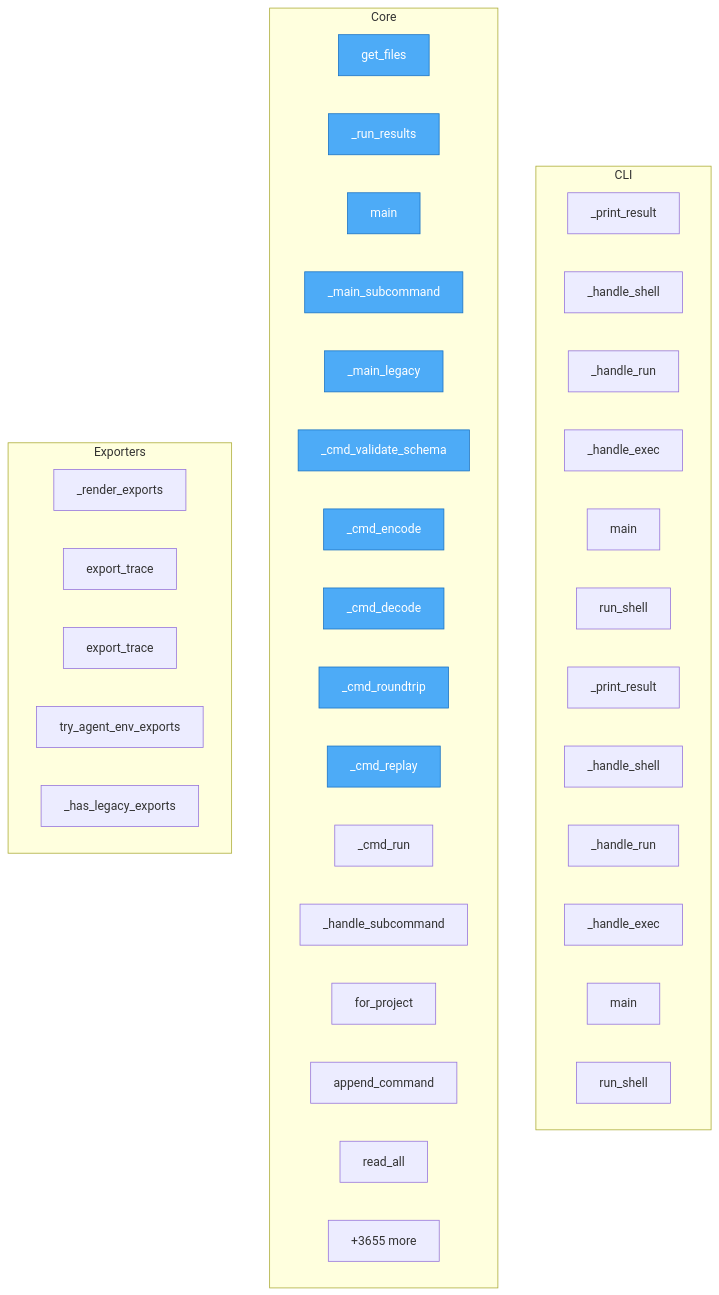
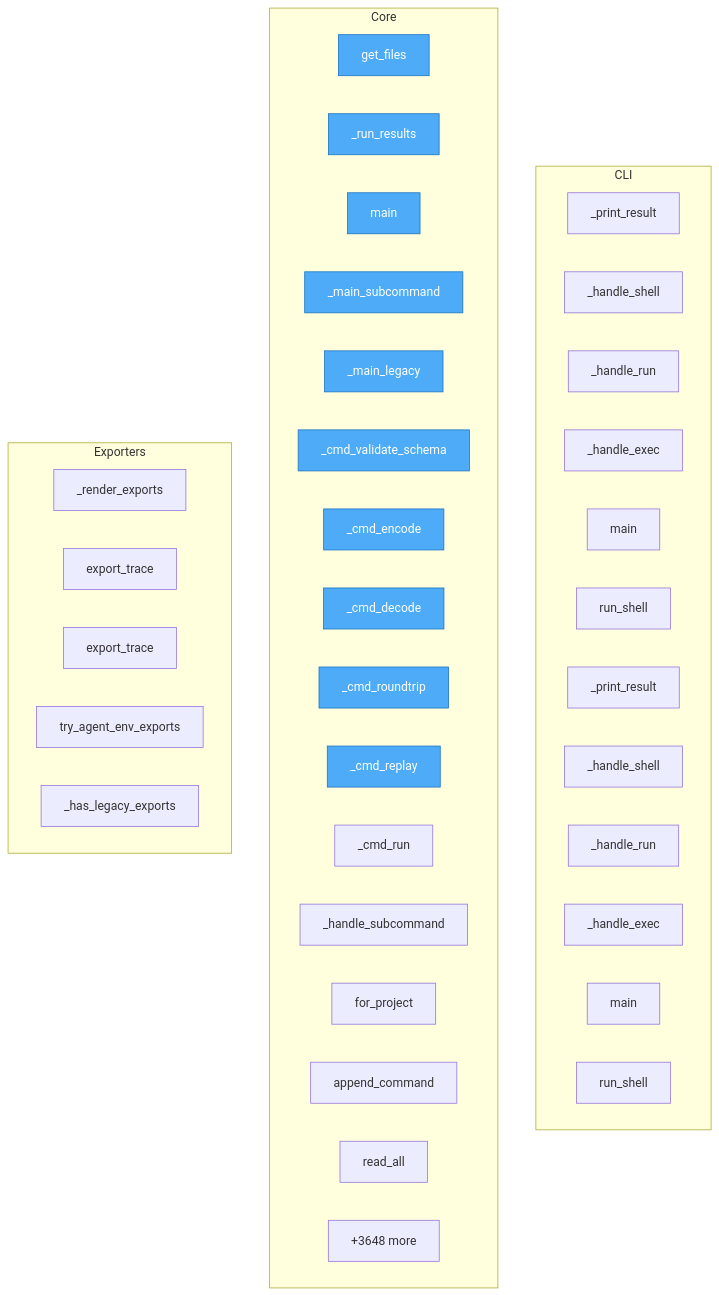
The diagram in project/flow.mmd (semcod/koru), drawn with Mermaid before and after one commit. The commit also changed 33 other files, not shown here.

```diff
--- a/project/flow.mmd
+++ b/project/flow.mmd
@@ -1,49 +1,49 @@
 flowchart TD
-%% generated in 1.71s
+%% generated in 1.40s
 
     %% Entry points (blue)
     classDef entry fill:#4dabf7,stroke:#1971c2,color:#fff
 
     subgraph CLI
         packages__cli2koru__src__cli2koru__cli___print_result["_print_result"]
         packages__cli2koru__src__cli2koru__cli___handle_shell["_handle_shell"]
         packages__cli2koru__src__cli2koru__cli___handle_run["_handle_run"]
         packages__cli2koru__src__cli2koru__cli___handle_exec["_handle_exec"]
         packages__cli2koru__src__cli2koru__cli__main["main"]
         packages__cli2koru__src__cli2koru__shell__run_shell["run_shell"]
         packages__cli2coru__src__cli2coru__cli___print_result["_print_result"]
         packages__cli2coru__src__cli2coru__cli___handle_shell["_handle_shell"]
         packages__cli2coru__src__cli2coru__cli___handle_run["_handle_run"]
         packages__cli2coru__src__cli2coru__cli___handle_exec["_handle_exec"]
         packages__cli2coru__src__cli2coru__cli__main["main"]
         packages__cli2coru__src__cli2coru__shell__run_shell["run_shell"]
     end
 
     subgraph Core
         check_dups__get_files["get_files"]
         packages__dsl2koru__src__dsl2koru__cli___run_results["_run_results"]
         packages__dsl2koru__src__dsl2koru__cli__main["main"]
         packages__dsl2koru__src__dsl2koru__cli___main_subcommand["_main_subcommand"]
         packages__dsl2koru__src__dsl2koru__cli___main_legacy["_main_legacy"]
         packages__dsl2koru__src__dsl2koru__cli___cmd_validate_schema["_cmd_validate_schema"]
         packages__dsl2koru__src__dsl2koru__cli___cmd_encode["_cmd_encode"]
         packages__dsl2koru__src__dsl2koru__cli___cmd_decode["_cmd_decode"]
         packages__dsl2koru__src__dsl2koru__cli___cmd_roundtrip["_cmd_roundtrip"]
         packages__dsl2koru__src__dsl2koru__cli___cmd_replay["_cmd_replay"]
         packages__dsl2koru__src__dsl2koru__cli___cmd_run["_cmd_run"]
         packages__dsl2koru__src__dsl2koru__cli___handle_subcommand["_handle_subcommand"]
         packages__dsl2koru__src__dsl2koru__events__EventStore__for_project["for_project"]
         packages__dsl2koru__src__dsl2koru__events__EventStore__append_command["append_command"]
         packages__dsl2koru__src__dsl2koru__events__EventStore__read_all["read_all"]
-        ...["+3655 more"]
+        ...["+3648 more"]
     end
 
     subgraph Exporters
         packages__koruenv__src__koruenv__cli___render_exports["_render_exports"]
         packages__nlpshim__src__nlpshim__conversation_client__ConversationTestClient__export_trace["export_trace"]
         packages__nlpshim__src__nlpshim__conversation_test_api__export_trace["export_trace"]
         src__koru__agent_cli_helpers__try_agent_env_exports["try_agent_env_exports"]
         src__koru__cli___has_legacy_exports["_has_legacy_exports"]
     end
 
     class check_dups__get_files,packages__dsl2koru__src__dsl2koru__cli___run_results,packages__dsl2koru__src__dsl2koru__cli__main,packages__dsl2koru__src__dsl2koru__cli___main_subcommand,packages__dsl2koru__src__dsl2koru__cli___main_legacy,packages__dsl2koru__src__dsl2koru__cli___cmd_validate_schema,packages__dsl2koru__src__dsl2koru__cli___cmd_encode,packages__dsl2koru__src__dsl2koru__cli___cmd_decode,packages__dsl2koru__src__dsl2koru__cli___cmd_roundtrip,packages__dsl2koru__src__dsl2koru__cli___cmd_replay entry
```
